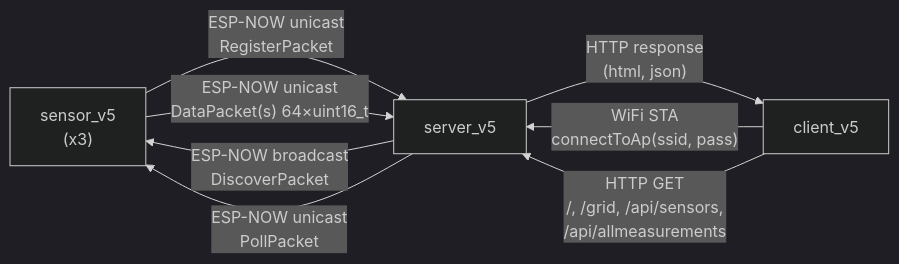
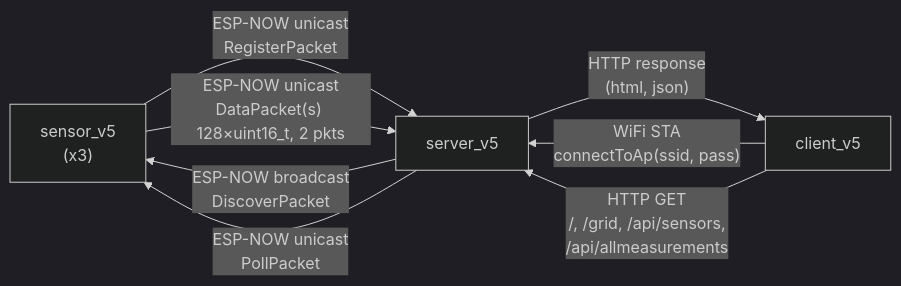
Before and after one commit to nepbuur1/godmode_sensorgrid: the diagram in apps/sensorgrid_v5/doc/mermaid/sensorgrid_v5_object_model.mmd, drawn with Mermaid (dark theme). The commit also changed 18 other files, not shown here.

```diff
--- a/apps/sensorgrid_v5/doc/mermaid/sensorgrid_v5_object_model.mmd
+++ b/apps/sensorgrid_v5/doc/mermaid/sensorgrid_v5_object_model.mmd
@@ -1,21 +1,21 @@
 graph LR
     sensor_v5["sensor_v5
 (x3)"]
     server_v5["server_v5"]
     client_v5["client_v5"]
 
     server_v5 -- "ESP-NOW broadcast
 DiscoverPacket" --> sensor_v5
     sensor_v5 -- "ESP-NOW unicast
 RegisterPacket" --> server_v5
     server_v5 -- "ESP-NOW unicast
 PollPacket" --> sensor_v5
     sensor_v5 -- "ESP-NOW unicast
-DataPacket(s) 64×uint16_t" --> server_v5
+DataPacket(s) 128×uint16_t, 2 pkts" --> server_v5
     client_v5 -- "WiFi STA
 connectToAp(ssid, pass)" --> server_v5
     client_v5 -- "HTTP GET
 /, /grid, /api/sensors,
 /api/allmeasurements" --> server_v5
     server_v5 -- "HTTP response
 (html, json)" --> client_v5
```
